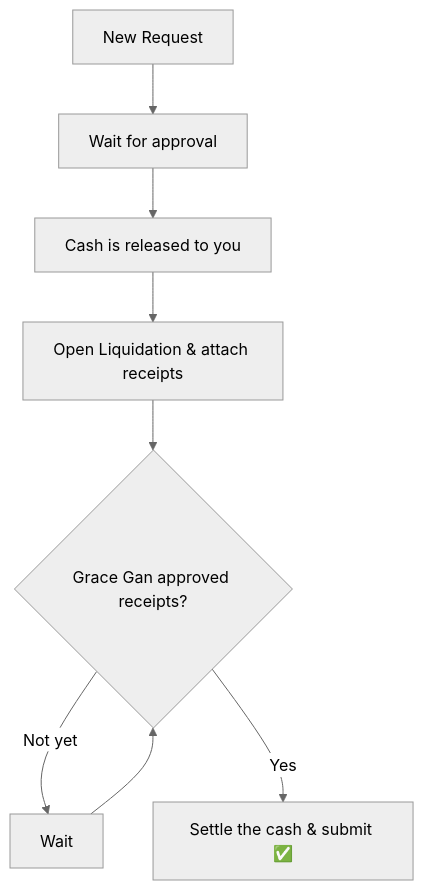
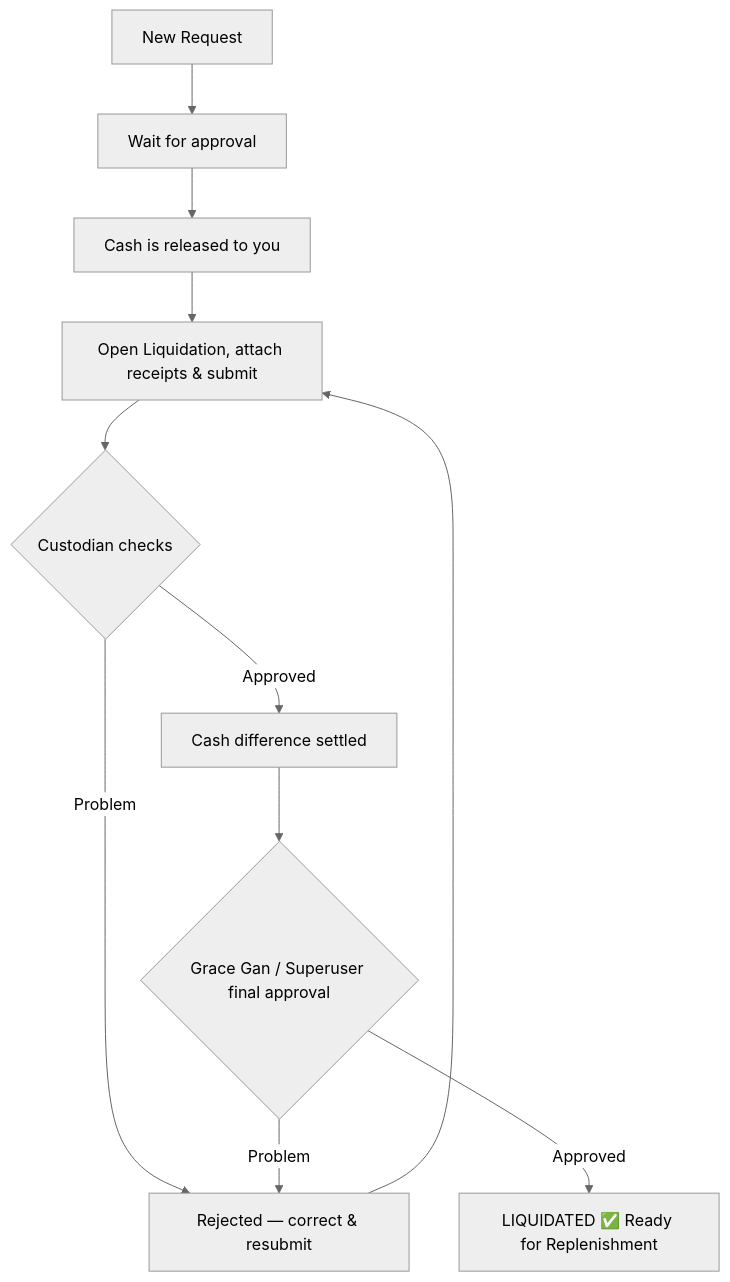
The third of 4 diagrams in USER_GUIDE.md (A1plusStarkson/PCF-Portal), drawn with Mermaid (neutral theme) before and after one commit. The commit also changed other lines of this file and 12 other files, not shown here.

````diff
--- a/USER_GUIDE.md
+++ b/USER_GUIDE.md
@@ -230,10 +239,13 @@
 ```mermaid
 flowchart TD
     A[New Request] --> B[Wait for approval]
     B --> C[Cash is released to you]
-    C --> D[Open Liquidation & attach receipts]
-    D --> E{Grace Gan approved receipts?}
-    E -- Not yet --> F[Wait]
-    F --> E
-    E -- Yes --> G[Settle the cash & submit ✅]
+    C --> D[Open Liquidation, attach receipts & submit]
+    D --> E{Custodian checks}
+    E -- Problem --> R[Rejected — correct & resubmit]
+    R --> D
+    E -- Approved --> S[Cash difference settled]
+    S --> G{Grace Gan / Superuser final approval}
+    G -- Problem --> R
+    G -- Approved --> L[LIQUIDATED ✅ Ready for Replenishment]
 ```
````
